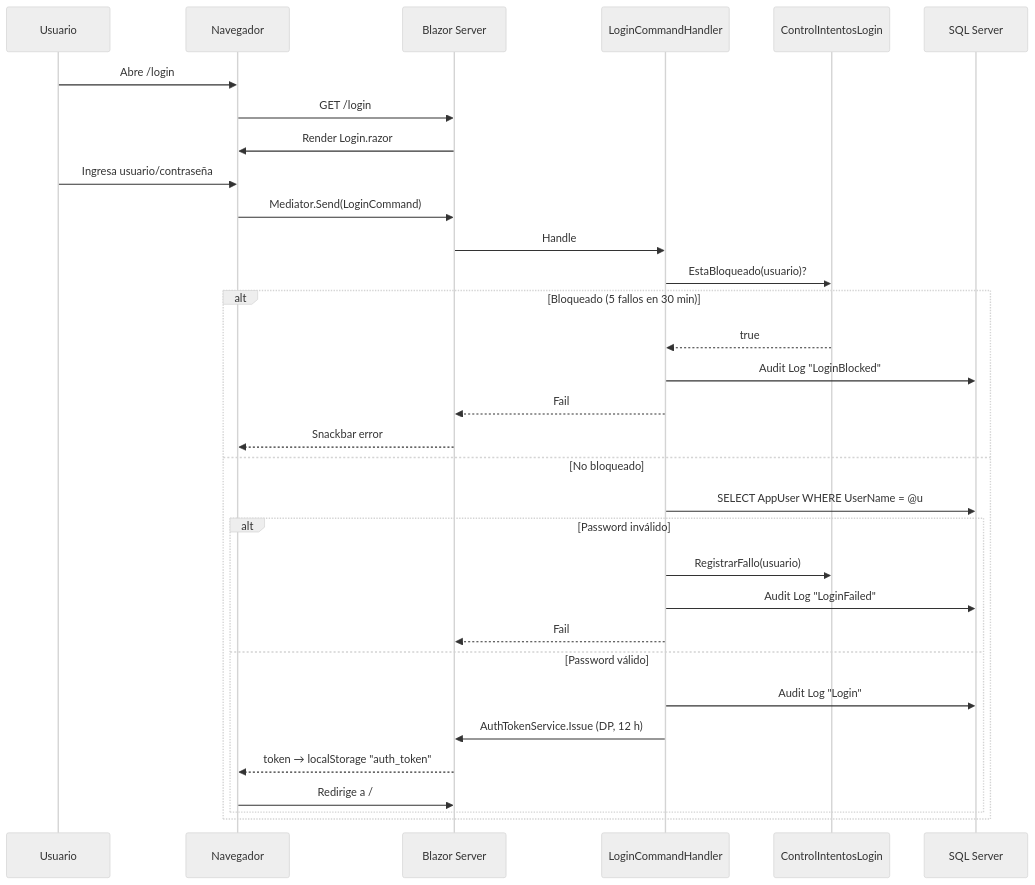
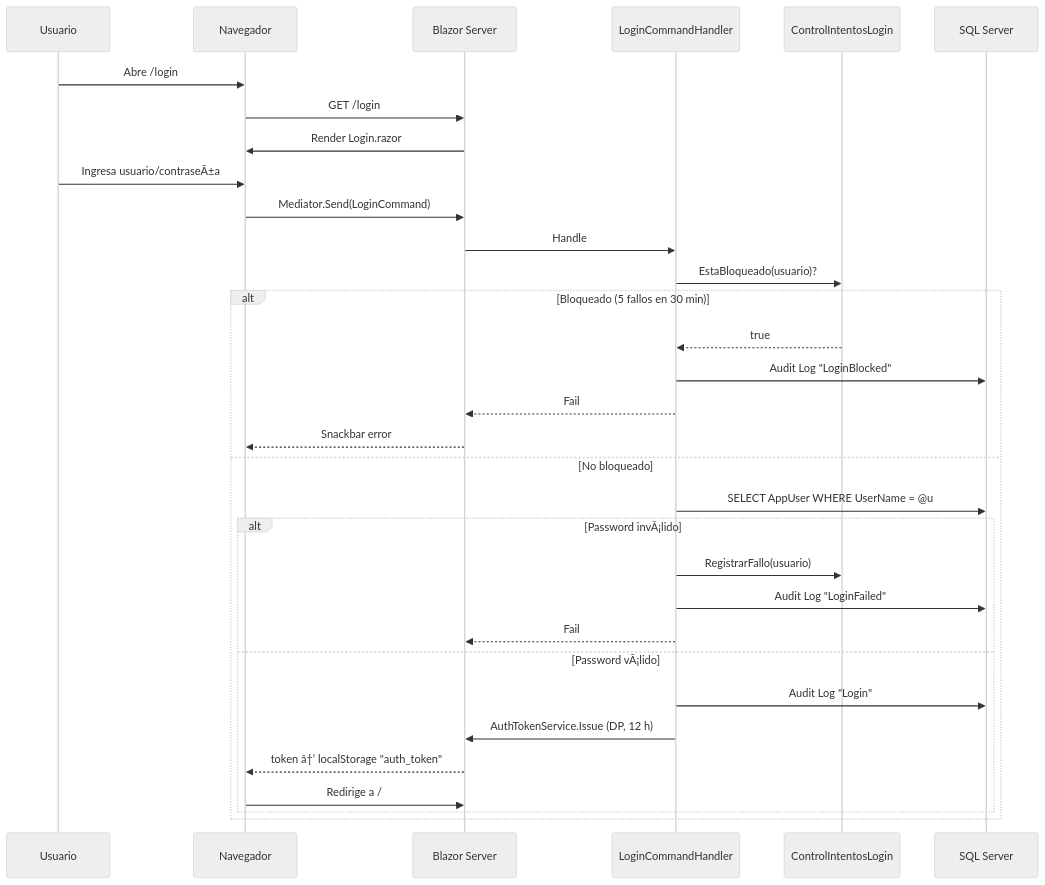
The second of 11 diagrams in docs/diagramas.md (adrian-silva-uy/guarino), drawn with Mermaid (neutral theme) before and after one commit. The commit also changed other lines of this file, not shown here.

Commit message:
Fix: corrige diagrama 'Flujo de consultas de datos' (semicolon en mensaje sequenceDiagram rompia el parser Mermaid)

````diff
--- a/docs/diagramas.md
+++ b/docs/diagramas.md
@@ -54,35 +54,35 @@
 ```mermaid
 sequenceDiagram
     participant U as Usuario
     participant B as Navegador
     participant W as Blazor Server
     participant L as LoginCommandHandler
     participant CI as ControlIntentosLogin
     participant DB as SQL Server
 
     U->>B: Abre /login
     B->>W: GET /login
     W->>B: Render Login.razor
-    U->>B: Ingresa usuario/contraseña
+    U->>B: Ingresa usuario/contraseÃ±a
     B->>W: Mediator.Send(LoginCommand)
     W->>L: Handle
     L->>CI: EstaBloqueado(usuario)?
     alt Bloqueado (5 fallos en 30 min)
         CI-->>L: true
         L->>DB: Audit Log "LoginBlocked"
         L-->>W: Fail
         W-->>B: Snackbar error
     else No bloqueado
         L->>DB: SELECT AppUser WHERE UserName = @u
-        alt Password inválido
+        alt Password invÃ¡lido
             L->>CI: RegistrarFallo(usuario)
             L->>DB: Audit Log "LoginFailed"
             L-->>W: Fail
-        else Password válido
+        else Password vÃ¡lido
             L->>DB: Audit Log "Login"
             L->>W: AuthTokenService.Issue (DP, 12 h)
-            W-->>B: token → localStorage "auth_token"
+            W-->>B: token â†’ localStorage "auth_token"
             B->>W: Redirige a /
         end
     end
 ```
````
